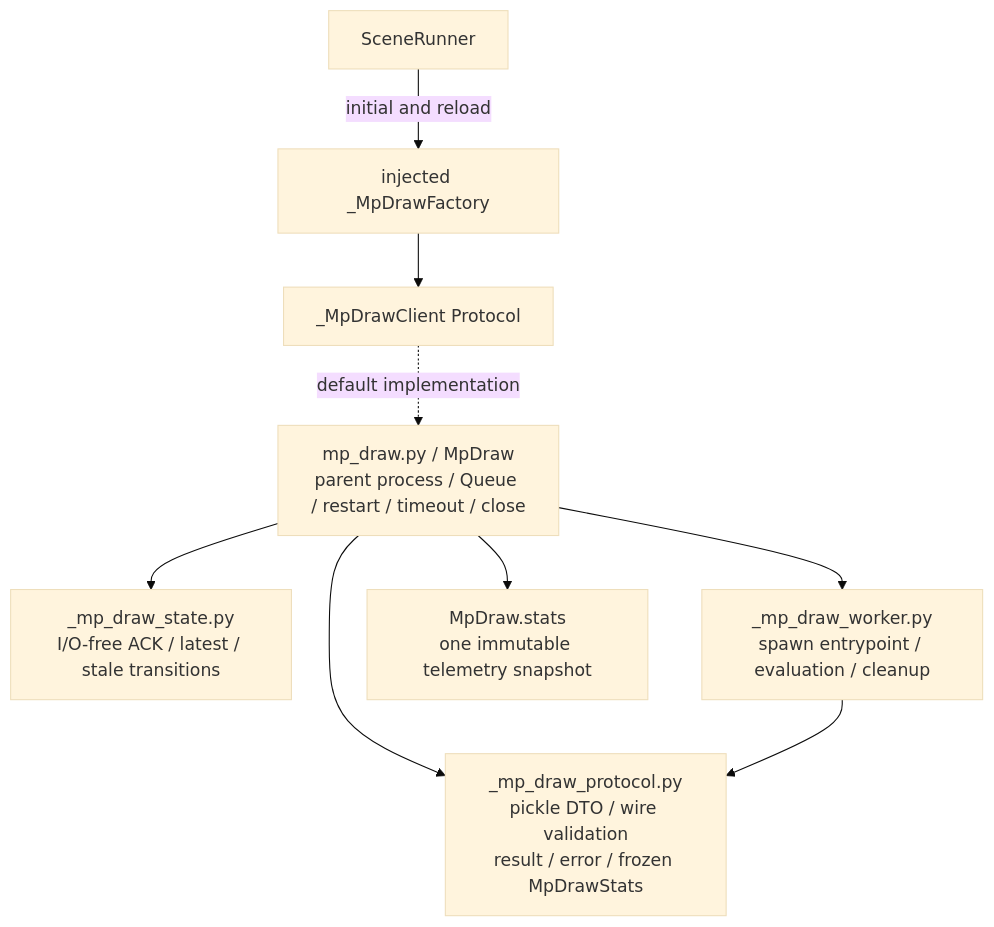
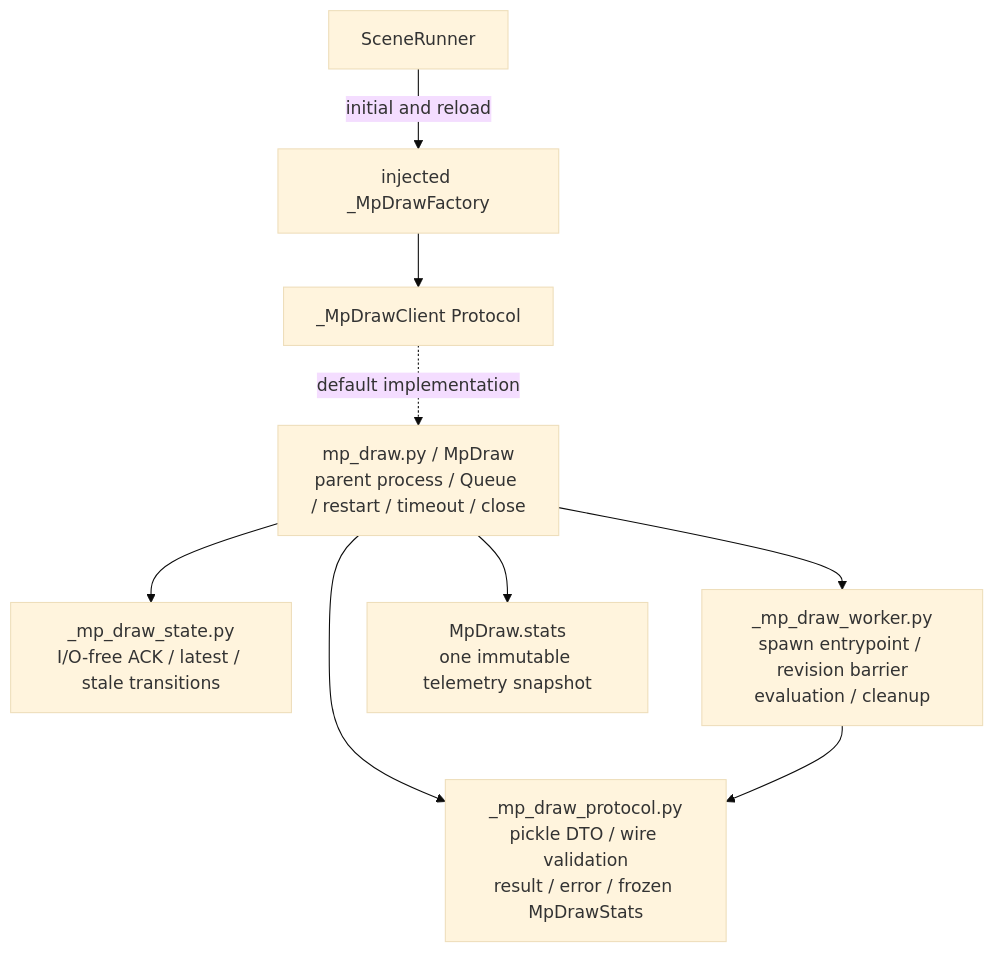
The ninth of 25 diagrams in docs/architecture_visualization.md (tyhts0829/graft), drawn with Mermaid (base theme) before and after one commit. The commit also changed other lines of this file and 19 other files, not shown here.

````diff
--- a/docs/architecture_visualization.md
+++ b/docs/architecture_visualization.md
@@ -311,19 +311,19 @@
 ```mermaid
 flowchart TB
     sr["SceneRunner"]
     factory["injected _MpDrawFactory"]
     client["_MpDrawClient Protocol"]
     mp["mp_draw.py / MpDraw<br/>parent process / Queue / restart / timeout / close"]
     protocol["_mp_draw_protocol.py<br/>pickle DTO / wire validation<br/>result / error / frozen MpDrawStats"]
     state["_mp_draw_state.py<br/>I/O-free ACK / latest / stale transitions"]
-    worker["_mp_draw_worker.py<br/>spawn entrypoint / evaluation / cleanup"]
+    worker["_mp_draw_worker.py<br/>spawn entrypoint / revision barrier<br/>evaluation / cleanup"]
     stats["MpDraw.stats<br/>one immutable telemetry snapshot"]
 
     sr -->|"initial and reload"| factory --> client
     client -.->|"default implementation"| mp
     mp --> state
     mp --> protocol
     mp --> worker
     mp --> stats
     worker --> protocol
 ```
````
